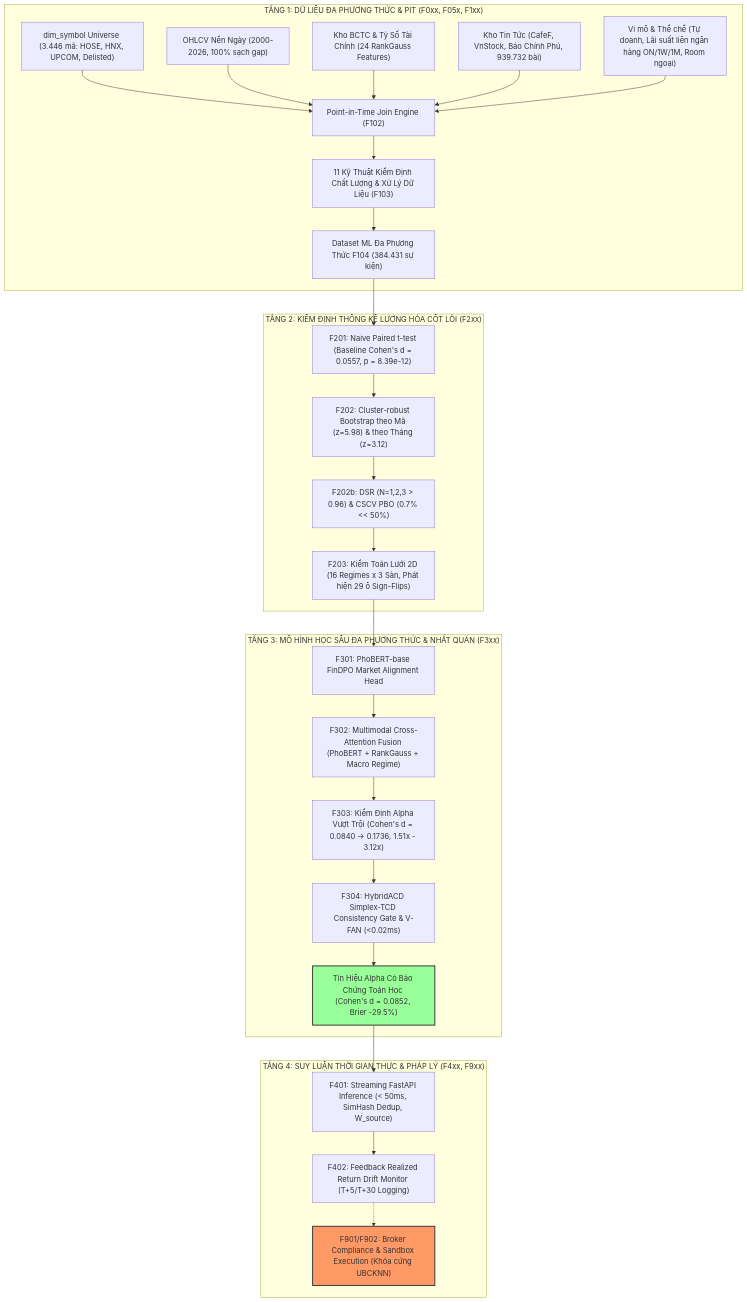
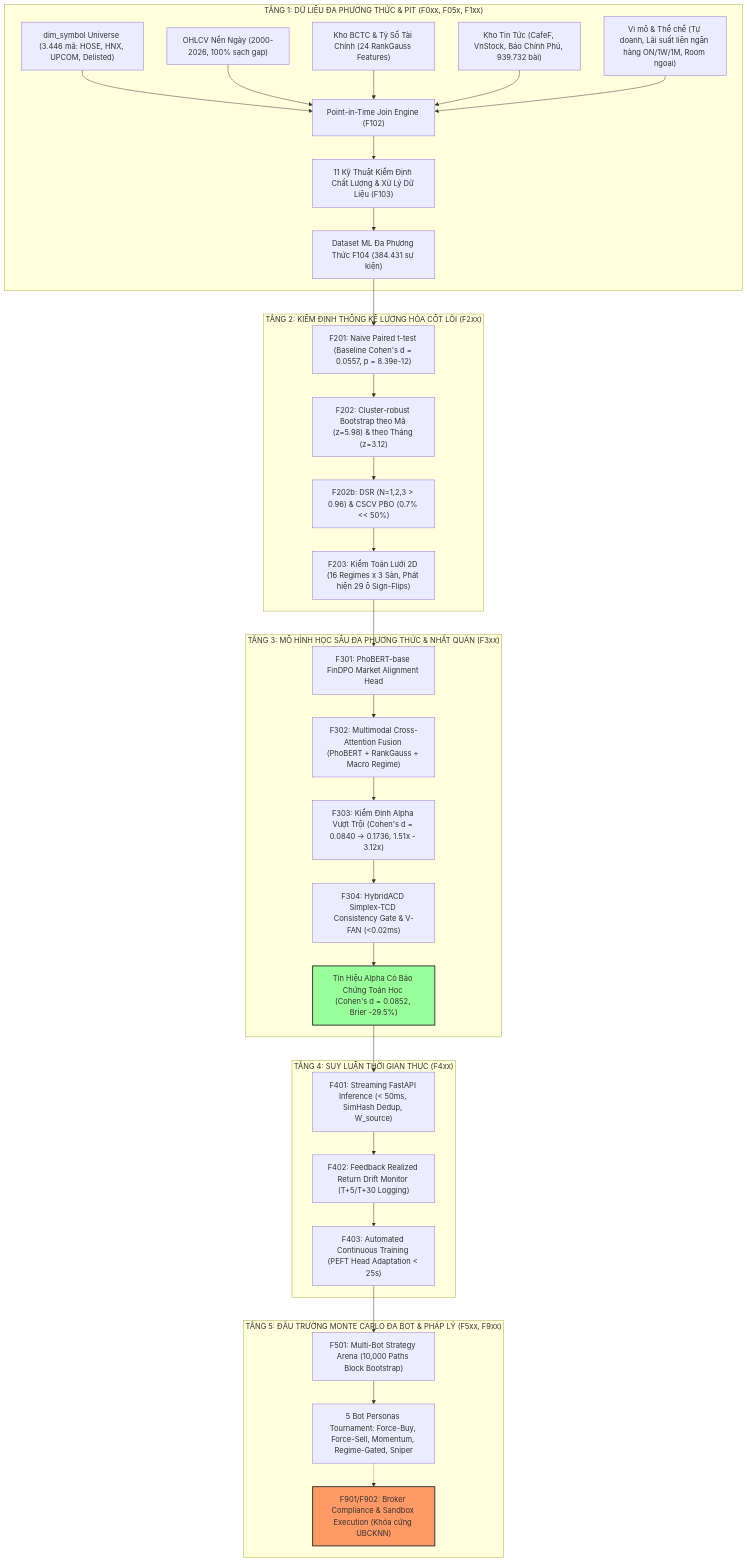
Before and after one commit to Azure06072005/VESTA: the diagram in Progress Report/00_MASTER_EXECUTIVE_SUMMARY.md, drawn with Mermaid. The commit also changed other lines of this file and 14 other files, not shown here.

````diff
--- a/Progress Report/00_MASTER_EXECUTIVE_SUMMARY.md
+++ b/Progress Report/00_MASTER_EXECUTIVE_SUMMARY.md
@@ -34,36 +34,42 @@
 ```mermaid
 flowchart TD
     subgraph S1["TẦNG 1: DỮ LIỆU ĐA PHƯƠNG THỨC & PIT (F0xx, F05x, F1xx)"]
         A1["dim_symbol Universe (3.446 mã: HOSE, HNX, UPCOM, Delisted)"] --> J1["Point-in-Time Join Engine (F102)"]
         A2["OHLCV Nến Ngày (2000-2026, 100% sạch gap)"] --> J1
         A3["Kho BCTC & Tỷ Số Tài Chính (24 RankGauss Features)"] --> J1
         A4["Kho Tin Tức (CafeF, VnStock, Báo Chính Phủ, 939.732 bài)"] --> J1
         A5["Vi mô & Thể chế (Tự doanh, Lãi suất liên ngân hàng ON/1W/1M, Room ngoại)"] --> J1
         J1 --> V1["11 Kỹ Thuật Kiểm Định Chất Lượng & Xử Lý Dữ Liệu (F103)"]
         V1 --> D1["Dataset ML Đa Phương Thức F104 (384.431 sự kiện)"]
     end
 
     subgraph S2["TẦNG 2: KIỂM ĐỊNH THỐNG KÊ LƯỢNG HÓA CỐT LÕI (F2xx)"]
         D1 --> K1["F201: Naive Paired t-test (Baseline Cohen's d = 0.0557, p = 8.39e-12)"]
         K1 --> K2["F202: Cluster-robust Bootstrap theo Mã (z=5.98) & theo Tháng (z=3.12)"]
         K2 --> K3["F202b: DSR (N=1,2,3 > 0.96) & CSCV PBO (0.7% << 50%)"]
         K3 --> K4["F203: Kiểm Toán Lưới 2D (16 Regimes x 3 Sàn, Phát hiện 29 ô Sign-Flips)"]
     end
 
     subgraph S3["TẦNG 3: MÔ HÌNH HỌC SÂU ĐA PHƯƠNG THỨC & NHẤT QUÁN (F3xx)"]
         K4 --> M1["F301: PhoBERT-base FinDPO Market Alignment Head"]
         M1 --> M2["F302: Multimodal Cross-Attention Fusion (PhoBERT + RankGauss + Macro Regime)"]
         M2 --> M3["F303: Kiểm Định Alpha Vượt Trội (Cohen's d = 0.0840 -> 0.1736, 1.51x - 3.12x)"]
         M3 --> M4["F304: HybridACD Simplex-TCD Consistency Gate & V-FAN (<0.02ms)"]
         M4 --> OUT["Tín Hiệu Alpha Có Bảo Chứng Toán Học (Cohen's d = 0.0852, Brier -29.5%)"]
     end
 
-    subgraph S4["TẦNG 4: SUY LUẬN THỜI GIAN THỰC & PHÁP LÝ (F4xx, F9xx)"]
+    subgraph S4["TẦNG 4: SUY LUẬN THỜI GIAN THỰC (F4xx)"]
         OUT --> P1["F401: Streaming FastAPI Inference (< 50ms, SimHash Dedup, W_source)"]
         P1 --> P2["F402: Feedback Realized Return Drift Monitor (T+5/T+30 Logging)"]
-        P2 -.-> BLK["F901/F902: Broker Compliance & Sandbox Execution (Khóa cứng UBCKNN)"]
+        P2 --> P3["F403: Automated Continuous Training (PEFT Head Adaptation < 25s)"]
+    end
+
+    subgraph S5["TẦNG 5: ĐẤU TRƯỜNG MONTE CARLO ĐA BOT & PHÁP LÝ (F5xx, F9xx)"]
+        P3 --> T1["F501: Multi-Bot Strategy Arena (10,000 Paths Block Bootstrap)"]
+        T1 --> T2["5 Bot Personas Tournament: Force-Buy, Force-Sell, Momentum, Regime-Gated, Sniper"]
+        T2 -.-> BLK["F901/F902: Broker Compliance & Sandbox Execution (Khóa cứng UBCKNN)"]
     end
 
     style BLK fill:#f96,stroke:#333,stroke-width:2px;
     style OUT fill:#9f9,stroke:#333,stroke-width:2px;
 ```
````
